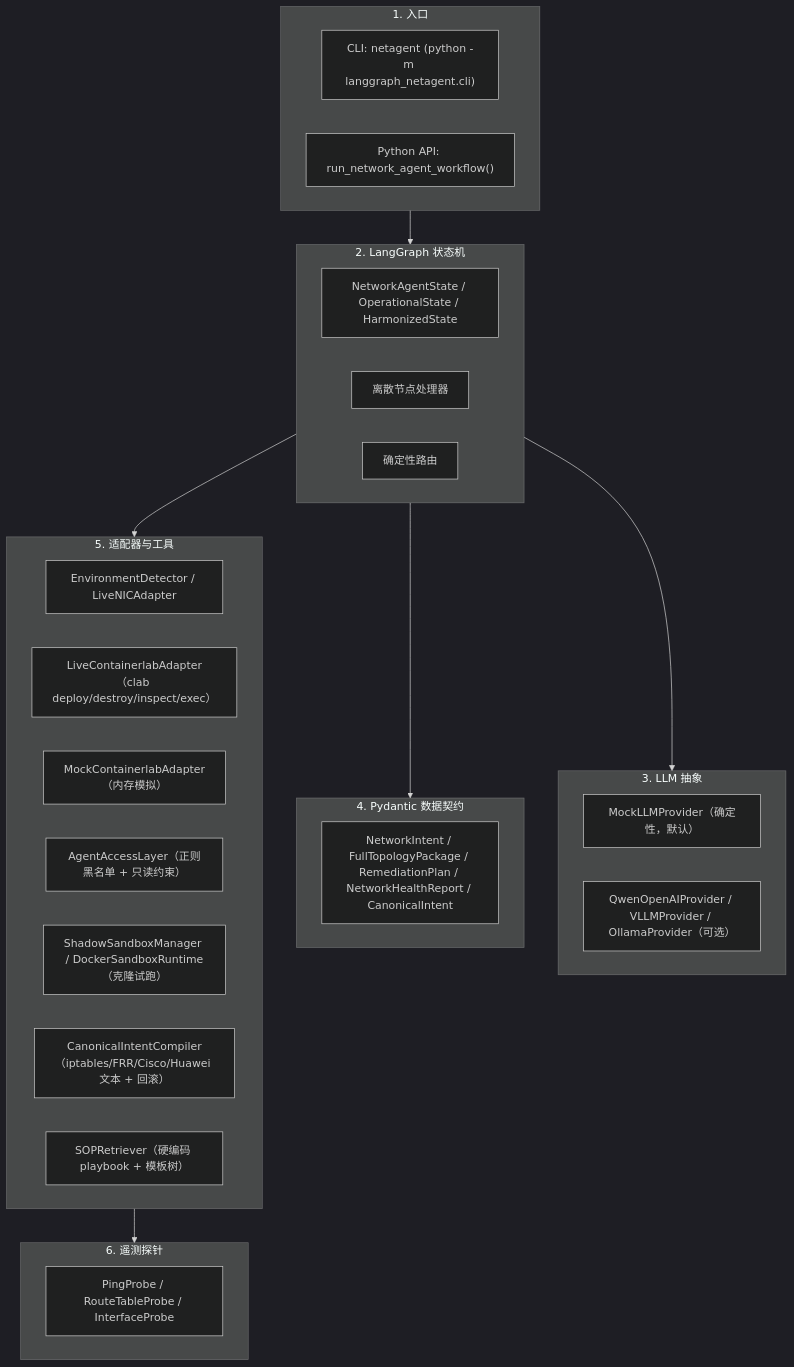
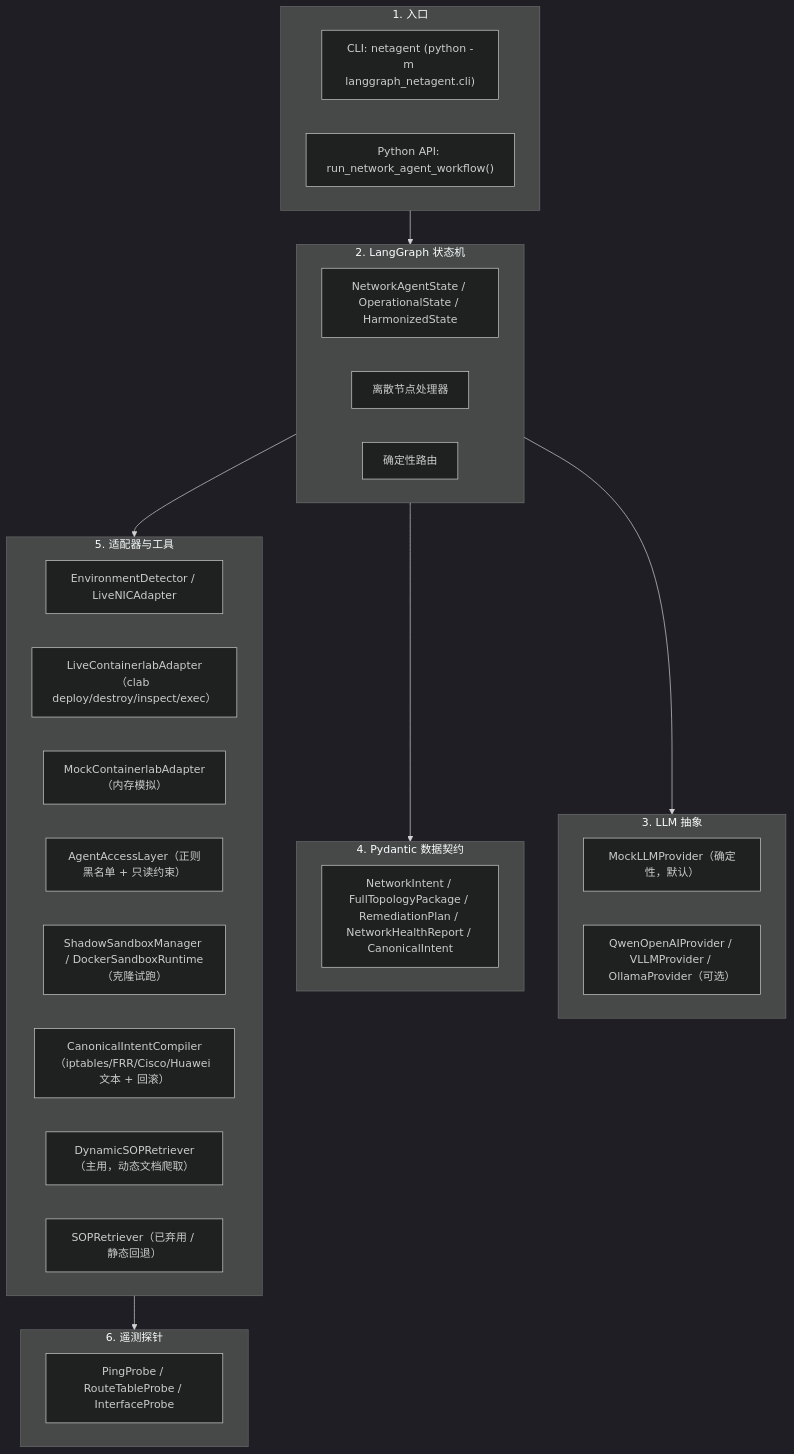
One commit to xiaoxiaohexin/netops-ai-agent changed the second of 2 diagrams in langgraph_netagent/README.md. Above: the diagram before and after it, drawn with Mermaid (dark theme). The commit also changed other lines of this file and 6 other files, not shown here.

````diff
--- a/langgraph_netagent/README.md
+++ b/langgraph_netagent/README.md
@@ -78,40 +78,41 @@
 ```mermaid
 graph TD
     subgraph Layer1 [1. 入口]
         CLI["CLI: netagent (python -m langgraph_netagent.cli)"]
         API["Python API: run_network_agent_workflow()"]
     end
 
     subgraph Layer2 [2. LangGraph 状态机]
         State["NetworkAgentState / OperationalState / HarmonizedState"]
         Nodes["离散节点处理器"]
         Edges["确定性路由"]
     end
 
     subgraph Layer3 [3. LLM 抽象]
         Mock["MockLLMProvider（确定性，默认）"]
         Qwen["QwenOpenAIProvider / VLLMProvider / OllamaProvider（可选）"]
     end
 
     subgraph Layer4 [4. Pydantic 数据契约]
         Models["NetworkIntent / FullTopologyPackage / RemediationPlan / NetworkHealthReport / CanonicalIntent"]
     end
 
     subgraph Layer5 [5. 适配器与工具]
         Detector["EnvironmentDetector / LiveNICAdapter"]
         Live["LiveContainerlabAdapter（clab deploy/destroy/inspect/exec）"]
         MockAdapter["MockContainerlabAdapter（内存模拟）"]
         AAL["AgentAccessLayer（正则黑名单 + 只读约束）"]
         Sandbox["ShadowSandboxManager / DockerSandboxRuntime（克隆试跑）"]
         Compiler["CanonicalIntentCompiler（iptables/FRR/Cisco/Huawei 文本 + 回滚）"]
-        SOP["SOPRetriever（硬编码 playbook + 模板树）"]
+        SOP["DynamicSOPRetriever（主用，动态文档爬取）"]
+        LegacySOP["SOPRetriever（已弃用 / 静态回退）"]
     end
 
     subgraph Layer6 [6. 遥测探针]
         Probes["PingProbe / RouteTableProbe / InterfaceProbe"]
     end
 
     Layer1 --> Layer2 --> Layer3
     Layer2 --> Layer4
     Layer2 --> Layer5 --> Layer6
 ```
````
